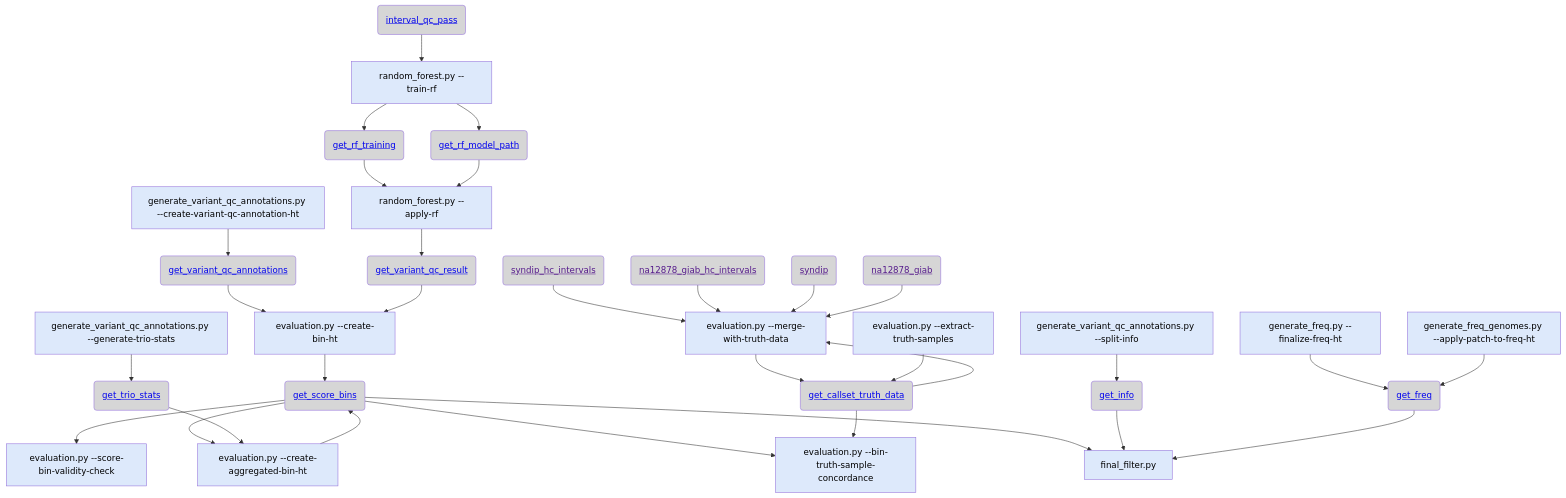
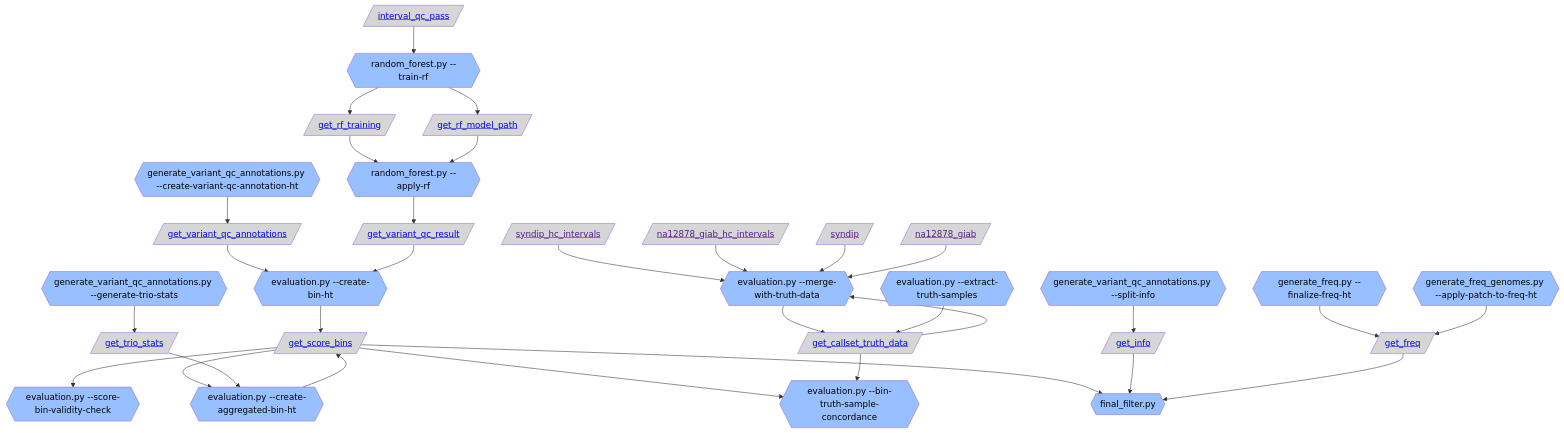
Before and after one commit to broadinstitute/gnomad_qc: the first of 5 diagrams in gnomad_qc/v4/variant_qc/README.md, drawn with Mermaid. The commit also changed other lines of this file and 4 other files, not shown here.

````diff
--- a/gnomad_qc/v4/variant_qc/README.md
+++ b/gnomad_qc/v4/variant_qc/README.md
@@ -2,69 +2,69 @@
 ```mermaid
 flowchart TB;
   classDef script_color fill:#2C5D4A,color:#000000
-  classDef step_color fill:#DDE9FB,color:#000000
+  classDef step_color fill:#98BFFF,color:#000000
   classDef func_color fill:#E0D5E6,color:#000000
   classDef gnomad_methods_color fill:#F9F2CE,color:#000000
   classDef hail_color fill:#FAEACE,color:#000000
   classDef resource_color fill:#D6D6D6,color:#000000
   classDef validity_check_color fill:#2C5D4A,color:#000000
 
-  resource_interval_qc_pass("<a href='https://github.com/broadinstitute/gnomad_qc/tree/main/gnomad_qc/v4/resources/sample_qc.py#L306'>interval_qc_pass</a>"):::resource_color;
-  step_train_rf["random_forest.py --train-rf"]:::step_color;
-  resource_get_rf_training("<a href='https://github.com/broadinstitute/gnomad_qc/tree/main/gnomad_qc/v4/resources/variant_qc.py#L238'>get_rf_training</a>"):::resource_color;
-  step_apply_rf["random_forest.py --apply-rf"]:::step_color;
-  resource_get_rf_model_path("<a href='https://github.com/broadinstitute/gnomad_qc/tree/main/gnomad_qc/v4/resources/variant_qc.py#L222'>get_rf_model_path</a>"):::resource_color;
-  step_create_variant_qc_annotation_ht["generate_variant_qc_annotations.py --create-variant-qc-annotation-ht"]:::step_color;
-  resource_get_variant_qc_annotations("<a href='https://github.com/broadinstitute/gnomad_qc/tree/main/gnomad_qc/v4/resources/annotations.py#L149'>get_variant_qc_annotations</a>"):::resource_color;
-  step_create_bin_ht["evaluation.py --create-bin-ht"]:::step_color;
-  resource_get_variant_qc_result("<a href='https://github.com/broadinstitute/gnomad_qc/tree/main/gnomad_qc/v4/resources/variant_qc.py#L257'>get_variant_qc_result</a>"):::resource_color;
-  resource_get_score_bins("<a href='https://github.com/broadinstitute/gnomad_qc/tree/main/gnomad_qc/v4/resources/variant_qc.py#L156'>get_score_bins</a>"):::resource_color;
-  step_score_bin_validity_check["evaluation.py --score-bin-validity-check"]:::step_color;
-  step_create_aggregated_bin_ht["evaluation.py --create-aggregated-bin-ht"]:::step_color;
-  step_generate_trio_stats["generate_variant_qc_annotations.py --generate-trio-stats"]:::step_color;
-  resource_get_trio_stats("<a href='https://github.com/broadinstitute/gnomad_qc/tree/main/gnomad_qc/v4/resources/annotations.py#L113'>get_trio_stats</a>"):::resource_color;
-  step_bin_truth_sample_concordance["evaluation.py --bin-truth-sample-concordance"]:::step_color;
-  step_merge_with_truth_data["evaluation.py --merge-with-truth-data"]:::step_color;
-  resource_get_callset_truth_data("<a href='https://github.com/broadinstitute/gnomad_qc/tree/main/gnomad_qc/v4/resources/variant_qc.py#L119'>get_callset_truth_data</a>"):::resource_color;
-  step_extract_truth_samples["evaluation.py --extract-truth-samples"]:::step_color;
-  resource_syndip_hc_intervals("<a href=''>syndip_hc_intervals</a>"):::resource_color;
-  resource_na12878_giab_hc_intervals("<a href=''>na12878_giab_hc_intervals</a>"):::resource_color;
-  resource_syndip("<a href=''>syndip</a>"):::resource_color;
-  resource_na12878_giab("<a href=''>na12878_giab</a>"):::resource_color;
-  step_final_filter.py["final_filter.py"]:::step_color;
-  step_split_info["generate_variant_qc_annotations.py --split-info"]:::step_color;
-  resource_get_info("<a href='https://github.com/broadinstitute/gnomad_qc/tree/main/gnomad_qc/v4/resources/annotations.py#L47'>get_info</a>"):::resource_color;
-  step_finalize_freq_ht["generate_freq.py --finalize-freq-ht"]:::step_color;
-  resource_get_freq("<a href='https://github.com/broadinstitute/gnomad_qc/tree/main/gnomad_qc/v4/resources/annotations.py#L284'>get_freq</a>"):::resource_color;
-  step_apply_patch_to_freq_ht["generate_freq_genomes.py --apply-patch-to-freq-ht"]:::step_color;
+  resource_interval_qc_pass[/"<a href='https://github.com/broadinstitute/gnomad_qc/tree/main/gnomad_qc/v4/resources/sample_qc.py#L306'>interval_qc_pass</a>"/]:::resource_color;
+  step_train_rf{{"random_forest.py --train-rf"}}:::step_color;
+  resource_get_rf_training[/"<a href='https://github.com/broadinstitute/gnomad_qc/tree/main/gnomad_qc/v4/resources/variant_qc.py#L238'>get_rf_training</a>"/]:::resource_color;
+  step_apply_rf{{"random_forest.py --apply-rf"}}:::step_color;
+  resource_get_rf_model_path[/"<a href='https://github.com/broadinstitute/gnomad_qc/tree/main/gnomad_qc/v4/resources/variant_qc.py#L222'>get_rf_model_path</a>"/]:::resource_color;
+  step_create_variant_qc_annotation_ht{{"generate_variant_qc_annotations.py --create-variant-qc-annotation-ht"}}:::step_color;
+  resource_get_variant_qc_annotations[/"<a href='https://github.com/broadinstitute/gnomad_qc/tree/main/gnomad_qc/v4/resources/annotations.py#L149'>get_variant_qc_annotations</a>"/]:::resource_color;
+  step_create_bin_ht{{"evaluation.py --create-bin-ht"}}:::step_color;
+  resource_get_variant_qc_result[/"<a href='https://github.com/broadinstitute/gnomad_qc/tree/main/gnomad_qc/v4/resources/variant_qc.py#L257'>get_variant_qc_result</a>"/]:::resource_color;
+  resource_get_score_bins[/"<a href='https://github.com/broadinstitute/gnomad_qc/tree/main/gnomad_qc/v4/resources/variant_qc.py#L156'>get_score_bins</a>"/]:::resource_color;
+  step_score_bin_validity_check{{"evaluation.py --score-bin-validity-check"}}:::step_color;
+  step_create_aggregated_bin_ht{{"evaluation.py --create-aggregated-bin-ht"}}:::step_color;
+  step_generate_trio_stats{{"generate_variant_qc_annotations.py --generate-trio-stats"}}:::step_color;
+  resource_get_trio_stats[/"<a href='https://github.com/broadinstitute/gnomad_qc/tree/main/gnomad_qc/v4/resources/annotations.py#L113'>get_trio_stats</a>"/]:::resource_color;
+  step_bin_truth_sample_concordance{{"evaluation.py --bin-truth-sample-concordance"}}:::step_color;
+  step_merge_with_truth_data{{"evaluation.py --merge-with-truth-data"}}:::step_color;
+  resource_get_callset_truth_data[/"<a href='https://github.com/broadinstitute/gnomad_qc/tree/main/gnomad_qc/v4/resources/variant_qc.py#L119'>get_callset_truth_data</a>"/]:::resource_color;
+  step_extract_truth_samples{{"evaluation.py --extract-truth-samples"}}:::step_color;
+  resource_syndip_hc_intervals[/"<a href=''>syndip_hc_intervals</a>"/]:::resource_color;
+  resource_na12878_giab_hc_intervals[/"<a href=''>na12878_giab_hc_intervals</a>"/]:::resource_color;
+  resource_syndip[/"<a href=''>syndip</a>"/]:::resource_color;
+  resource_na12878_giab[/"<a href=''>na12878_giab</a>"/]:::resource_color;
+  step_final_filter.py{{"final_filter.py"}}:::step_color;
+  step_split_info{{"generate_variant_qc_annotations.py --split-info"}}:::step_color;
+  resource_get_info[/"<a href='https://github.com/broadinstitute/gnomad_qc/tree/main/gnomad_qc/v4/resources/annotations.py#L47'>get_info</a>"/]:::resource_color;
+  step_finalize_freq_ht{{"generate_freq.py --finalize-freq-ht"}}:::step_color;
+  resource_get_freq[/"<a href='https://github.com/broadinstitute/gnomad_qc/tree/main/gnomad_qc/v4/resources/annotations.py#L284'>get_freq</a>"/]:::resource_color;
+  step_apply_patch_to_freq_ht{{"generate_freq_genomes.py --apply-patch-to-freq-ht"}}:::step_color;
   resource_interval_qc_pass --> step_train_rf;
   step_train_rf --> resource_get_rf_training;
   resource_get_rf_training --> step_apply_rf;
   step_train_rf --> resource_get_rf_model_path;
   resource_get_rf_model_path --> step_apply_rf;
   step_create_variant_qc_annotation_ht --> resource_get_variant_qc_annotations;
   resource_get_variant_qc_annotations --> step_create_bin_ht;
   resource_get_variant_qc_result --> step_create_bin_ht;
   step_apply_rf --> resource_get_variant_qc_result;
   step_create_bin_ht --> resource_get_score_bins;
   resource_get_score_bins --> step_score_bin_validity_check;
   resource_get_score_bins --> step_create_aggregated_bin_ht;
   step_generate_trio_stats --> resource_get_trio_stats;
   resource_get_trio_stats --> step_create_aggregated_bin_ht;
   resource_get_score_bins --> step_bin_truth_sample_concordance;
   step_merge_with_truth_data --> resource_get_callset_truth_data;
   resource_get_callset_truth_data --> step_bin_truth_sample_concordance;
   step_extract_truth_samples --> resource_get_callset_truth_data;
   resource_get_callset_truth_data --> step_merge_with_truth_data;
   resource_syndip_hc_intervals --> step_merge_with_truth_data;
   resource_na12878_giab_hc_intervals --> step_merge_with_truth_data;
   resource_syndip --> step_merge_with_truth_data;
   resource_na12878_giab --> step_merge_with_truth_data;
   resource_get_score_bins --> step_final_filter.py;
   step_create_aggregated_bin_ht --> resource_get_score_bins;
   step_split_info --> resource_get_info;
   resource_get_info --> step_final_filter.py;
   step_finalize_freq_ht --> resource_get_freq;
   resource_get_freq --> step_final_filter.py;
   step_apply_patch_to_freq_ht --> resource_get_freq;
 ```
````
